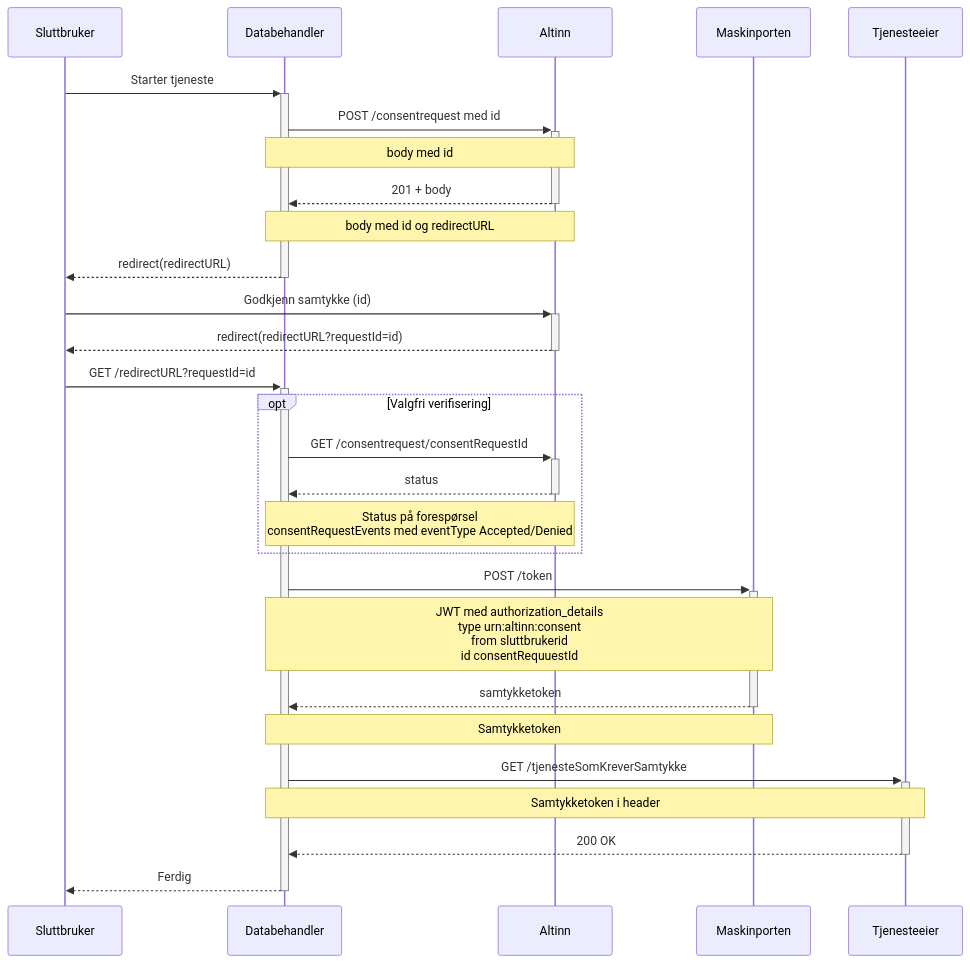
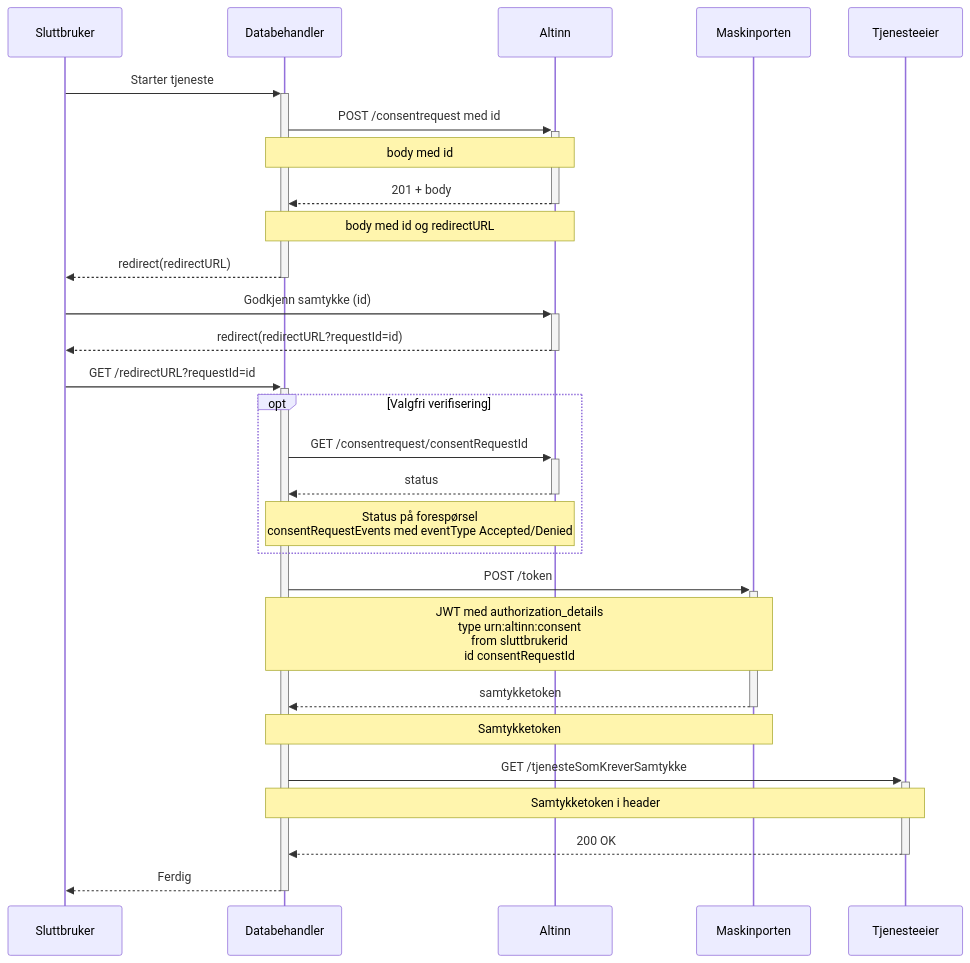
The diagram in content/authorization/guides/system-vendor/consent/_index.en.md (Altinn/altinn-studio-docs), drawn with Mermaid before and after one commit.

```diff
--- a/content/authorization/guides/system-vendor/consent/_index.en.md
+++ b/content/authorization/guides/system-vendor/consent/_index.en.md
@@ -18,31 +18,31 @@
 {{< mermaid >}}
 sequenceDiagram
 participant Sluttbruker
 participant Databehandler
 participant Altinn
 participant Maskinporten
 participant Tjenesteeier
 
 Sluttbruker->>+Databehandler: Starter tjeneste
 Databehandler->>+Altinn: POST /consentrequest med id
 Note over Databehandler,Altinn: body med id
 Altinn-->>-Databehandler: 201 + body
 Note over Altinn,Databehandler: body med id og redirectURL
 Databehandler-->>-Sluttbruker: redirect(redirectURL)
 Sluttbruker->>+Altinn: Godkjenn samtykke (id)
 Altinn-->>-Sluttbruker: redirect(redirectURL?requestId=id)
 Sluttbruker->>+Databehandler: GET /redirectURL?requestId=id
 opt Valgfri verifisering
 Databehandler->>+Altinn: GET /consentrequest/consentRequestId
 Altinn-->>-Databehandler: status
 Note over Altinn,Databehandler: Status på forespørsel <br/> consentRequestEvents med eventType Accepted/Denied
 end
 Databehandler->>+Maskinporten: POST /token
-Note over Databehandler,Maskinporten: JWT med authorization_details <br/> type urn:altinn:consent <br/> from sluttbrukerid <br/> id consentRequuestId
+Note over Databehandler,Maskinporten: JWT med authorization_details <br/> type urn:altinn:consent <br/> from sluttbrukerid <br/> id consentRequestId
 Maskinporten-->>-Databehandler: samtykketoken
 Note over Maskinporten,Databehandler: Samtykketoken
 Databehandler->>+Tjenesteeier: GET /tjenesteSomKreverSamtykke
 Note over Databehandler,Tjenesteeier: Samtykketoken i header
 Tjenesteeier-->>-Databehandler: 200 OK
 Databehandler-->>-Sluttbruker: Ferdig
 {{< /mermaid >}}
```
